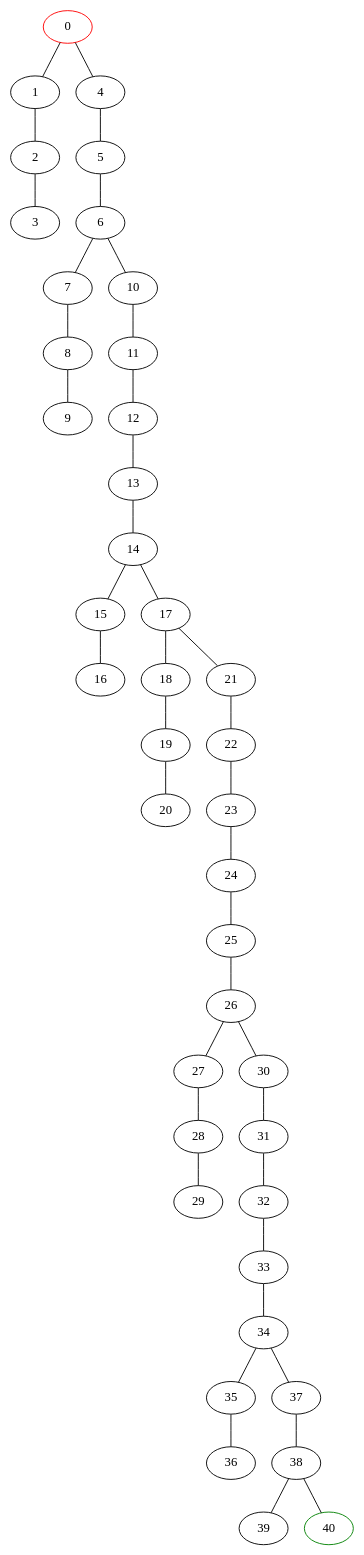
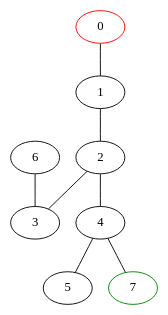
One commit to lucasduartec/DCC014 changed the diagram in output.dot. Above: the diagram before and after it, drawn with Graphviz. The commit also changed 3 other files, not shown here.

```diff
--- a/output.dot
+++ b/output.dot
@@ -1,84 +1,18 @@
 strict graph grafo {
-  0 [weight =  0.00, pos = "0,4!", color = red];
-  1 [weight =  1.00, pos = "2,4!"];
-  2 [weight =  2.00, pos = "2,3!"];
-  3 [weight =  3.00, pos = "1,3!"];
-  4 [weight =  4.00, pos = "0,2!"];
-  5 [weight =  5.00, pos = "1,2!"];
-  6 [weight =  6.00, pos = "1,1!"];
-  7 [weight =  7.00, pos = "2,1!"];
-  8 [weight =  8.00, pos = "2,2!"];
-  9 [weight =  9.00, pos = "3,2!"];
-  10 [weight = 10.00, pos = "0,1!"];
-  11 [weight = 11.00, pos = "0,0!"];
-  12 [weight = 12.00, pos = "3,0!"];
-  13 [weight = 13.00, pos = "3,1!"];
-  14 [weight = 14.00, pos = "4,1!"];
-  15 [weight = 15.00, pos = "4,0!"];
-  16 [weight = 16.00, pos = "5,0!"];
-  17 [weight = 17.00, pos = "4,2!"];
-  18 [weight = 18.00, pos = "5,2!"];
-  19 [weight = 19.00, pos = "5,1!"];
-  20 [weight = 20.00, pos = "6,1!"];
-  21 [weight = 21.00, pos = "4,3!"];
-  22 [weight = 22.00, pos = "3,3!"];
-  23 [weight = 23.00, pos = "3,4!"];
-  24 [weight = 24.00, pos = "5,4!"];
-  25 [weight = 25.00, pos = "5,3!"];
-  26 [weight = 26.00, pos = "6,3!"];
-  27 [weight = 27.00, pos = "6,2!"];
-  28 [weight = 28.00, pos = "7,2!"];
-  29 [weight = 29.00, pos = "7,3!"];
-  30 [weight = 30.00, pos = "6,4!"];
-  31 [weight = 31.00, pos = "9,4!"];
-  32 [weight = 32.00, pos = "9,3!"];
-  33 [weight = 33.00, pos = "8,3!"];
-  34 [weight = 34.00, pos = "8,1!"];
-  35 [weight = 35.00, pos = "9,1!"];
-  36 [weight = 36.00, pos = "9,2!"];
-  37 [weight = 37.00, pos = "7,1!"];
-  38 [weight = 38.00, pos = "7,0!"];
-  39 [weight = 39.00, pos = "6,0!"];
-  40 [weight = 40.00, pos = "9,0!", color = green];
+  0 [weight =  0.00, pos = "2,2!", color = red];
+  1 [weight =  1.00, pos = "1,2!"];
+  2 [weight =  2.00, pos = "1,1!"];
+  3 [weight =  3.00, pos = "0,1!"];
+  4 [weight =  4.00, pos = "2,1!"];
+  5 [weight =  5.00, pos = "2,0!"];
+  6 [weight =  6.00, pos = "0,2!"];
+  7 [weight =  7.00, pos = "3,1!", color = green];
 
   0 -- 1
-  0 -- 4
   1 -- 2
   2 -- 3
+  2 -- 4
   4 -- 5
-  5 -- 6
-  6 -- 7
-  6 -- 10
-  7 -- 8
-  8 -- 9
-  10 -- 11
-  11 -- 12
-  12 -- 13
-  13 -- 14
-  14 -- 15
-  14 -- 17
-  15 -- 16
-  17 -- 18
-  17 -- 21
-  18 -- 19
-  19 -- 20
-  21 -- 22
-  22 -- 23
-  23 -- 24
-  24 -- 25
-  25 -- 26
-  26 -- 27
-  26 -- 30
-  27 -- 28
-  28 -- 29
-  30 -- 31
-  31 -- 32
-  32 -- 33
-  33 -- 34
-  34 -- 35
-  34 -- 37
-  35 -- 36
-  37 -- 38
-  38 -- 39
-  38 -- 40
+  4 -- 7
+  6 -- 3
 }
```
